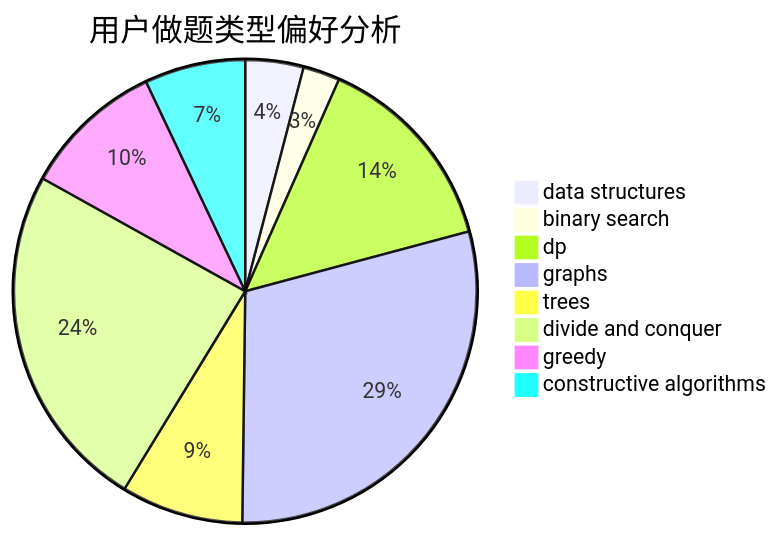
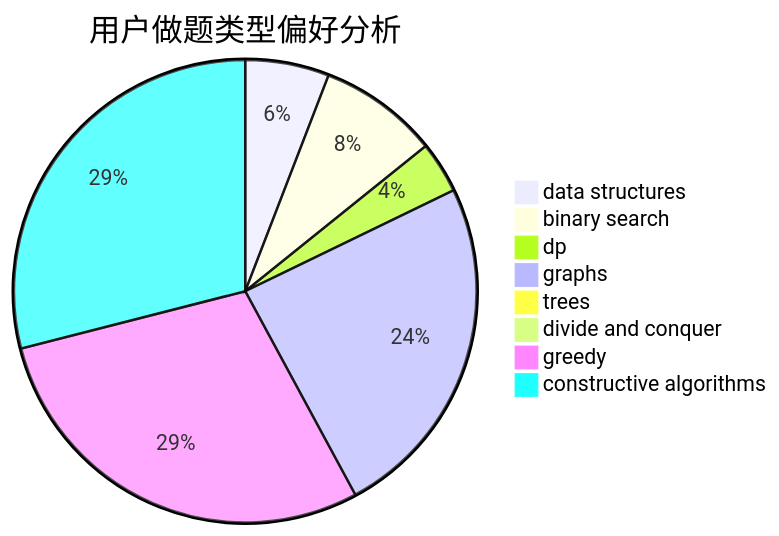
The second of 3 diagrams in docs/user/u229.md (sherpahu/cfrs.github.io), drawn with Mermaid before and after one commit. The commit also changed other lines of this file and 2770 other files, not shown here.

````diff
--- a/docs/user/u229.md
+++ b/docs/user/u229.md
@@ -23,11 +23,11 @@
 ```mermaid
 pie title 用户做题类型偏好分析
-    "data structures" :  30
-    "binary search" :  19
-    "dp" :  105
-    "graphs" :  217
-    "trees" :  63
-    "divide and conquer" :  180
-    "greedy" :  73
-    "constructive algorithms" :  52
+    "data structures" :  75
+    "binary search" :  107
+    "dp" :  46
+    "graphs" :  311
+    "trees" :  1
+    "divide and conquer" :  0
+    "greedy" :  370
+    "constructive algorithms" :  371
 ```
````
